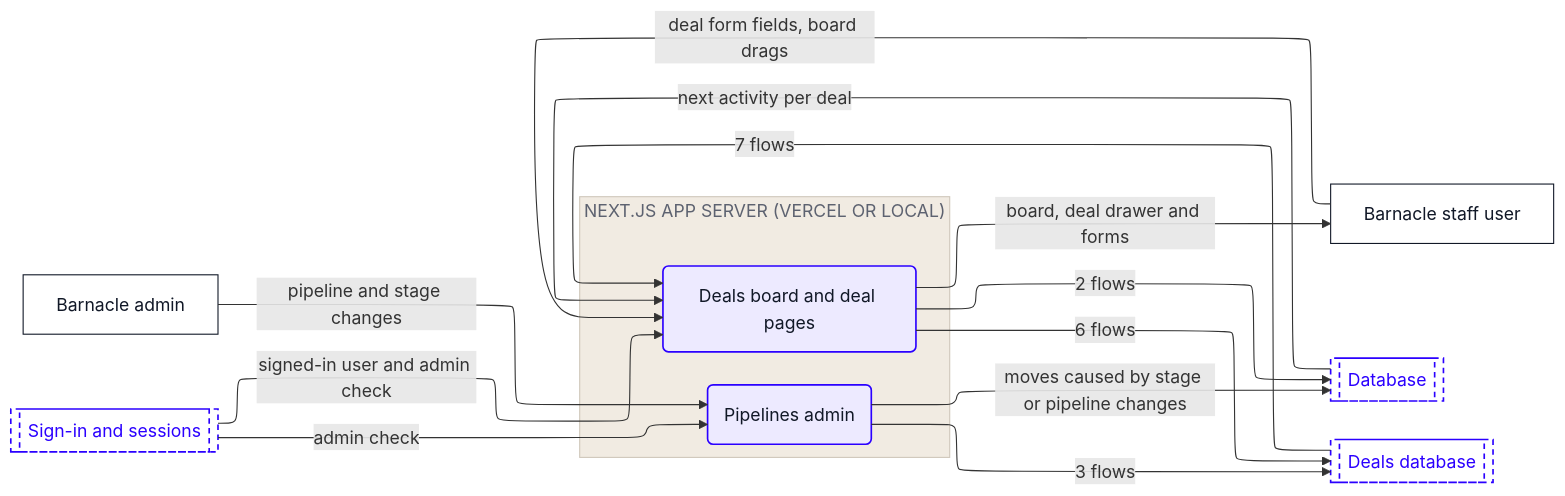
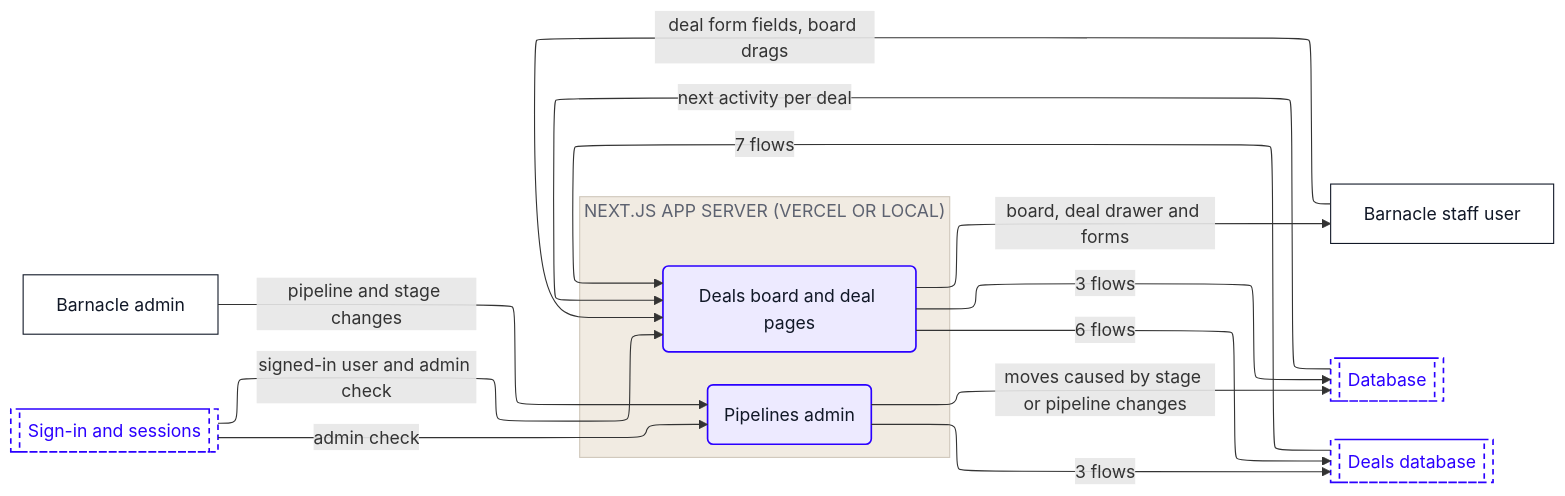
Before and after one commit to Romain-Perche/Barnacle-Pipe: the fifth of 10 diagrams in dataflow/DATAFLOW.md, drawn with Mermaid. The commit also changed other lines of this file and 11 other files, not shown here.

````diff
--- a/dataflow/DATAFLOW.md
+++ b/dataflow/DATAFLOW.md
@@ -259,37 +260,37 @@
 ```mermaid
 ---
 config:
   layout: elk
 ---
 flowchart LR
     n1["Barnacle admin"]
     n2["Barnacle staff user"]
     subgraph z1["NEXT.JS APP SERVER (VERCEL OR LOCAL)"]
         n3("Deals board and deal pages")
         n4("Pipelines admin")
     end
     n5[["Database"]]
     n6[["Deals database"]]
     n7[["Sign-in and sessions"]]
     n5 -->|"next activity per deal"| n3
     n1 -->|"pipeline and stage changes"| n4
     n6 -->|"7 flows"| n3
     n3 -->|"6 flows"| n6
-    n3 -->|"2 flows"| n5
+    n3 -->|"3 flows"| n5
     n3 -->|"board, deal drawer and forms"| n2
     n4 -->|"3 flows"| n6
     n4 -->|"moves caused by stage or pipeline changes"| n5
     n7 -->|"signed-in user and admin check"| n3
     n7 -->|"admin check"| n4
     n2 -->|"deal form fields, board drags"| n3
     classDef actor fill:#FFFFFF,stroke:#111827,stroke-width:1px,color:#111827
     classDef process fill:#EDEAFF,stroke:#2B00FF,stroke-width:1.5px,color:#111827
     classDef store fill:#FAF6F1,stroke:#111827,stroke-width:1.5px,color:#111827
     classDef zone fill:#1A1A1A,stroke:#1A1A1A,color:#FFFFFF
     classDef group fill:#2B00FF,stroke:#2B00FF,color:#FFFFFF
     classDef stub fill:#FFFFFF,stroke:#2B00FF,stroke-width:1.5px,stroke-dasharray:5 4,color:#2B00FF
     class n1,n2 actor
     class n3,n4 process
     class n5,n6,n7 stub
     style z1 fill:#F1EBE2,stroke:#CFC7BB,color:#5D6270
 ```
````
